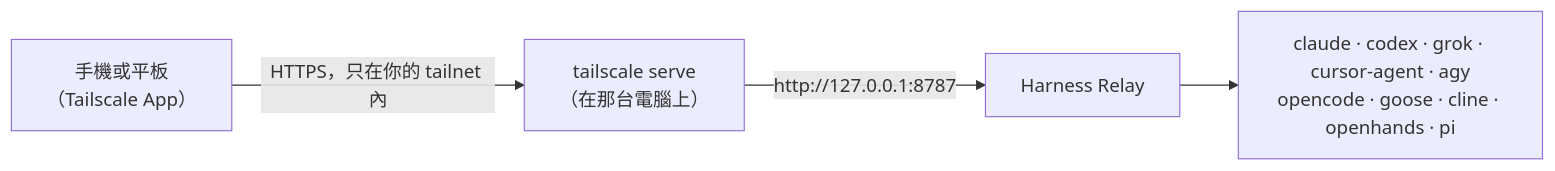
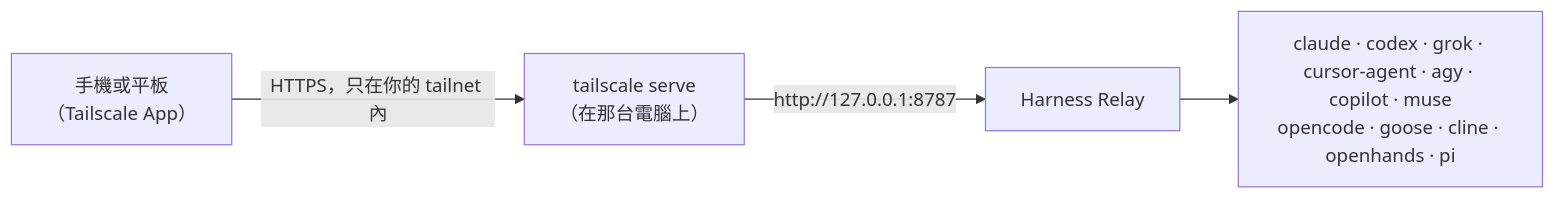
One commit to Agentic-System-Lab/harness-relay changed the diagram in docs/remote-access.zh-TW.md. Above: the diagram before and after it, drawn with Mermaid. The commit also changed other lines of this file and 140 other files, not shown here.

First line of the commit message:
Add GitHub Copilot CLI and Muse Code as coding agents, each in its own sandbox (#36)

````diff
--- a/docs/remote-access.zh-TW.md
+++ b/docs/remote-access.zh-TW.md
@@ -7,6 +7,6 @@
 ```mermaid
 flowchart LR
   P["手機或平板<br/>（Tailscale App）"] -- "HTTPS，只在你的 tailnet 內" --> S["tailscale serve<br/>（在那台電腦上）"]
   S -- "http://127.0.0.1:8787" --> R["Harness Relay"]
-  R --> A["claude · codex · grok · cursor-agent · agy<br/>opencode · goose · cline · openhands · pi"]
+  R --> A["claude · codex · grok · cursor-agent · agy · copilot · muse<br/>opencode · goose · cline · openhands · pi"]
 ```
````
